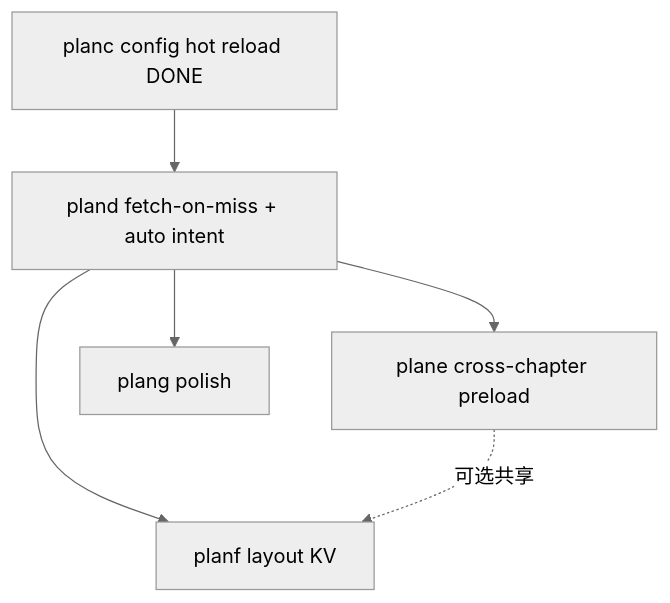
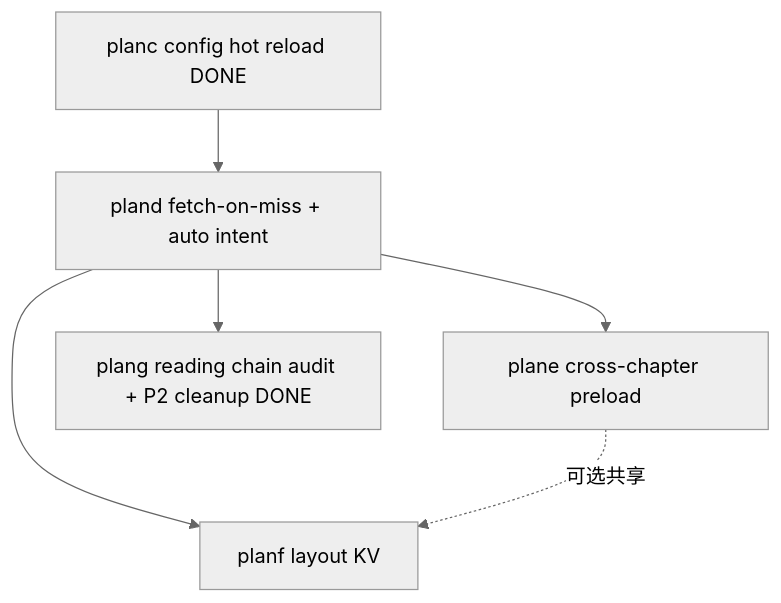
Before and after one commit to zephyr-qu/zephyr_reader: the diagram in doc/README.md, drawn with Mermaid (neutral theme). The commit also changed other lines of this file and 38 other files, not shown here.

````diff
--- a/doc/README.md
+++ b/doc/README.md
@@ -23,14 +25,14 @@
 ```mermaid
 flowchart TD
   planc[planc config hot reload DONE]
   pland[pland fetch-on-miss + auto intent]
   plane[plane cross-chapter preload]
   planf[planf layout KV]
-  plang[plang polish]
+  plang[plang reading chain audit + P2 cleanup DONE]
 
   planc --> pland
   pland --> plane
   pland --> planf
   pland --> plang
   plane -.->|可选共享| planf
 ```
````
